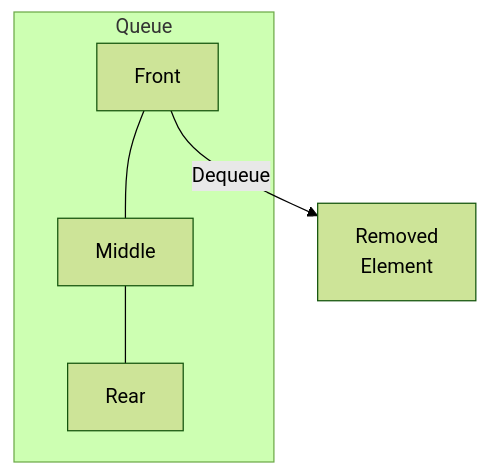
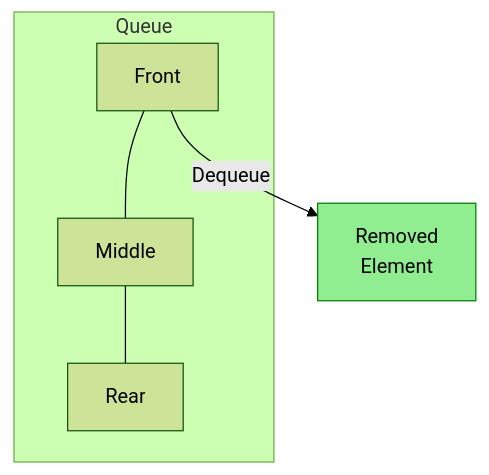
Before and after one commit to ghackenberg/course-python-programming: the diagram in Sessions/Session_08/Diagrams/Mermaid/queue_dequeue.mmd, drawn with Mermaid (forest theme). The commit also changed 41 other files, not shown here.

Commit message:
style(session-08): update diagrams and images for session 08

```diff
--- a/Sessions/Session_08/Diagrams/Mermaid/queue_dequeue.mmd
+++ b/Sessions/Session_08/Diagrams/Mermaid/queue_dequeue.mmd
@@ -1,5 +1,7 @@
 graph TB
     F[Front] -- Dequeue --> X[Removed<br/>Element]
     subgraph Queue
     F --- M[Middle] --- R[Rear]
     end
+
+    style X fill:lightgreen,stroke:green
```
